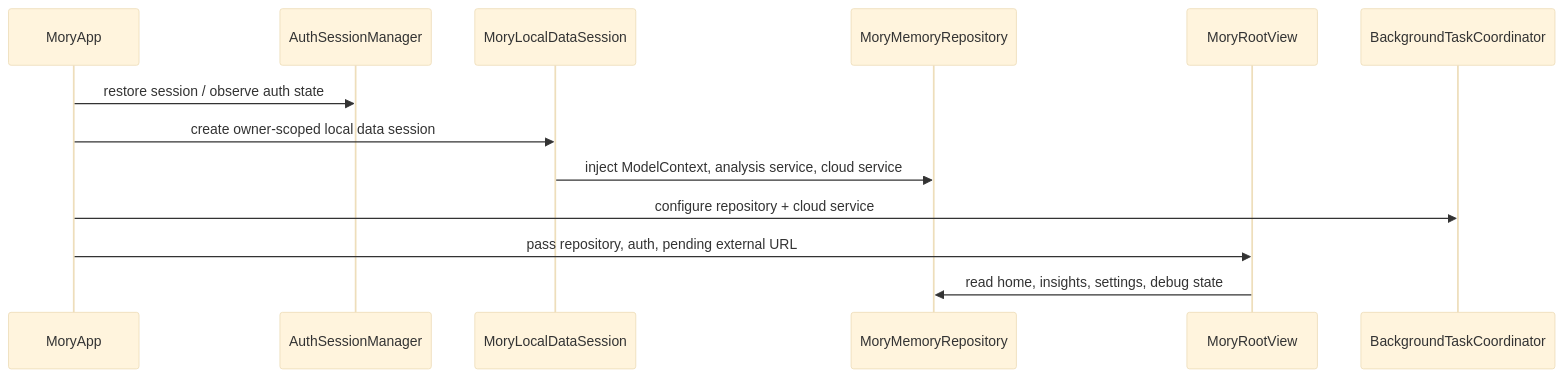
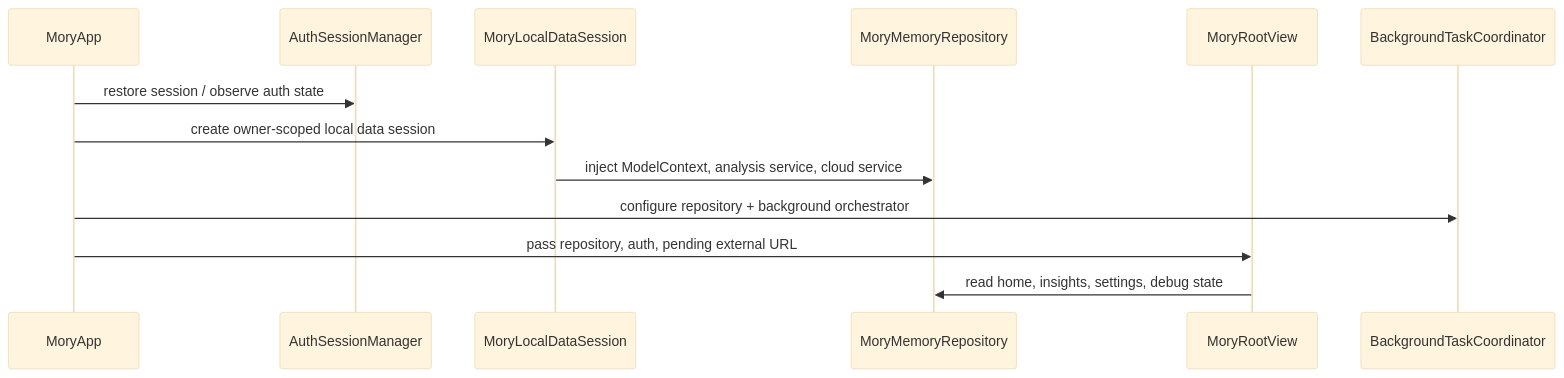
Before and after one commit to daaihang/sprout: the second of 8 diagrams in docs/mory_architecture_handbook_2026_05/01_system_overview_and_runtime_flows.md, drawn with Mermaid (base theme). The commit also changed other lines of this file and 61 other files, not shown here.

````diff
--- a/docs/mory_architecture_handbook_2026_05/01_system_overview_and_runtime_flows.md
+++ b/docs/mory_architecture_handbook_2026_05/01_system_overview_and_runtime_flows.md
@@ -39,16 +39,16 @@
 ```mermaid
 sequenceDiagram
     participant App as MoryApp
     participant Auth as AuthSessionManager
     participant Data as MoryLocalDataSession
     participant Repo as MoryMemoryRepository
     participant Root as MoryRootView
     participant BG as BackgroundTaskCoordinator
 
     App->>Auth: restore session / observe auth state
     App->>Data: create owner-scoped local data session
     Data->>Repo: inject ModelContext, analysis service, cloud service
-    App->>BG: configure repository + cloud service
+    App->>BG: configure repository + background orchestrator
     App->>Root: pass repository, auth, pending external URL
     Root->>Repo: read home, insights, settings, debug state
 ```
````
